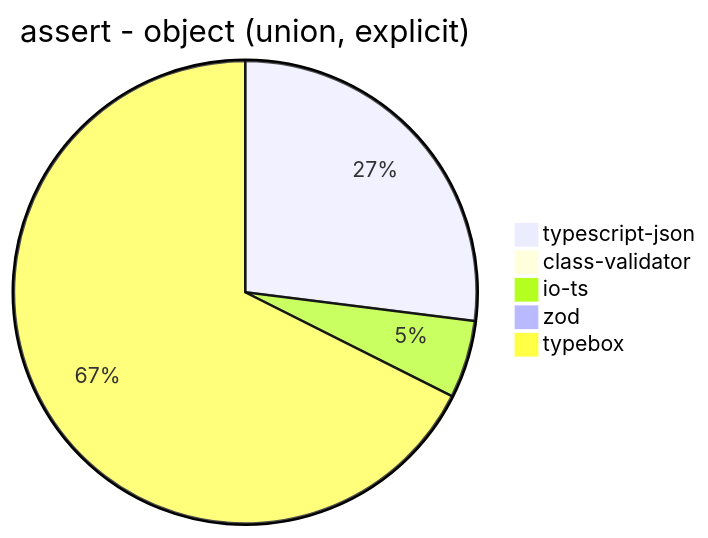
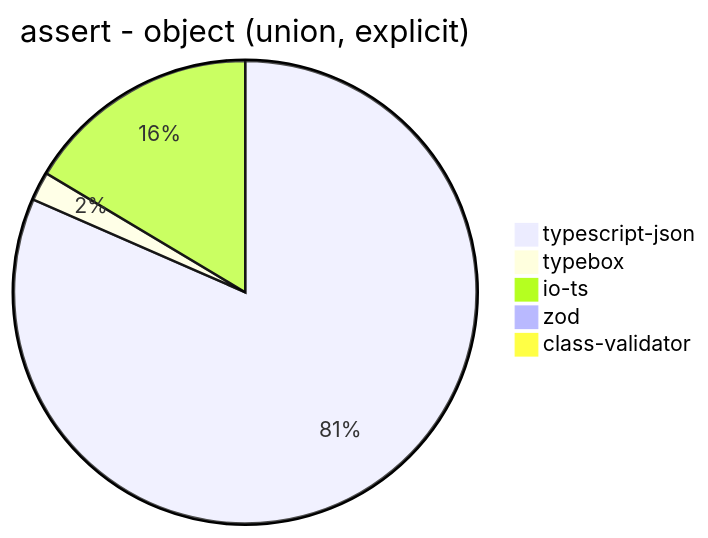
One commit to samchon/typia changed diagram 11 of 39 in benchmark/results/AMD Ryzen 7 3700X 8-Core Processor.md. Above: the diagram before and after it, drawn with Mermaid. The commit also changed other lines of this file and 10 other files, not shown here.

````diff
--- a/benchmark/results/AMD Ryzen 7 3700X 8-Core Processor.md
+++ b/benchmark/results/AMD Ryzen 7 3700X 8-Core Processor.md
@@ -146,8 +154,8 @@
 ```mermaid
 pie title assert - object (union, explicit)
-  "typescript-json": 4039.9133104569264
-  "class-validator": 13.873473917869035
-  "io-ts": 813.4287286736379
-  "zod": 28.52285606346808
-  "typebox": 10117.571533382245
+  "typescript-json": 3927.682167704138
+  "typebox": 97.22728931047062
+  "io-ts": 790.8680947012401
+  "zod": 27.679732491175923
+  "class-validator": 13.343356511933848
 ```
````
